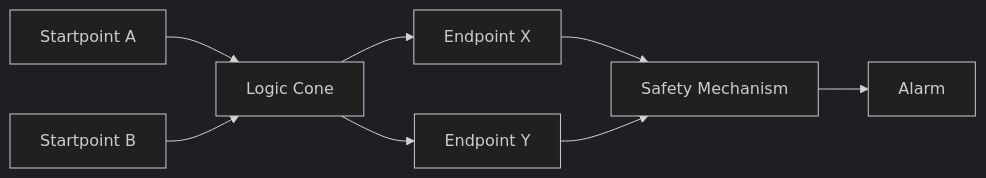
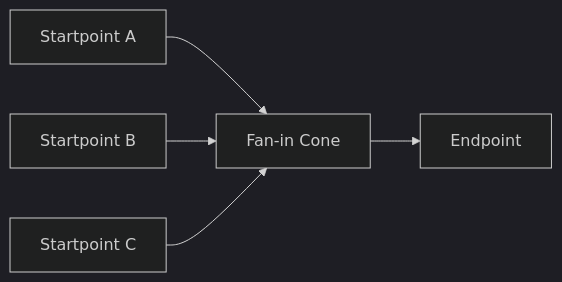
One commit to qiqixixi1001/automotive-safeic-practice changed the sixth of 11 diagrams in articles/01_automotive_safeic_practice_d01_github_en_revised.md. Above: the diagram before and after it, drawn with Mermaid (dark theme). The commit also changed other lines of this file, not shown here.

````diff
--- a/articles/01_automotive_safeic_practice_d01_github_en_revised.md
+++ b/articles/01_automotive_safeic_practice_d01_github_en_revised.md
@@ -443,10 +524,7 @@
 ```mermaid
 flowchart LR
-    SP1[Startpoint A] --> C1[Logic Cone]
-    SP2[Startpoint B] --> C1
-    C1 --> EP1[Endpoint X]
-    C1 --> EP2[Endpoint Y]
-    EP1 --> SM1[Safety Mechanism]
-    EP2 --> SM1
-    SM1 --> ALM[Alarm]
+    SP1[Startpoint A] --> C[Fan-in Cone]
+    SP2[Startpoint B] --> C
+    SP3[Startpoint C] --> C
+    C --> EP[Endpoint]
 ```
````
